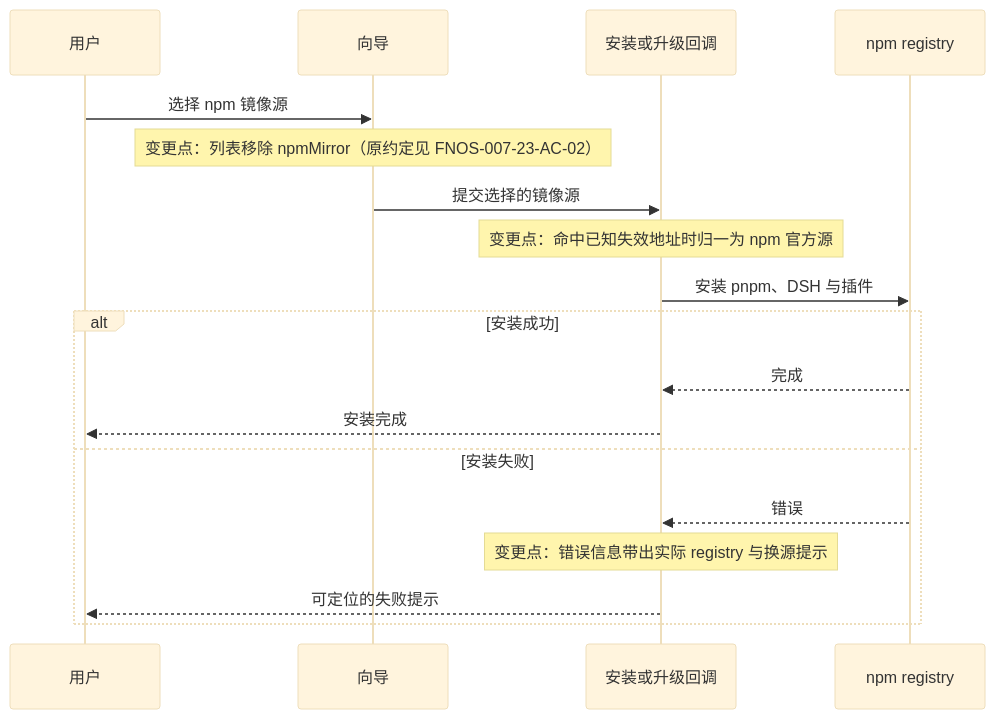
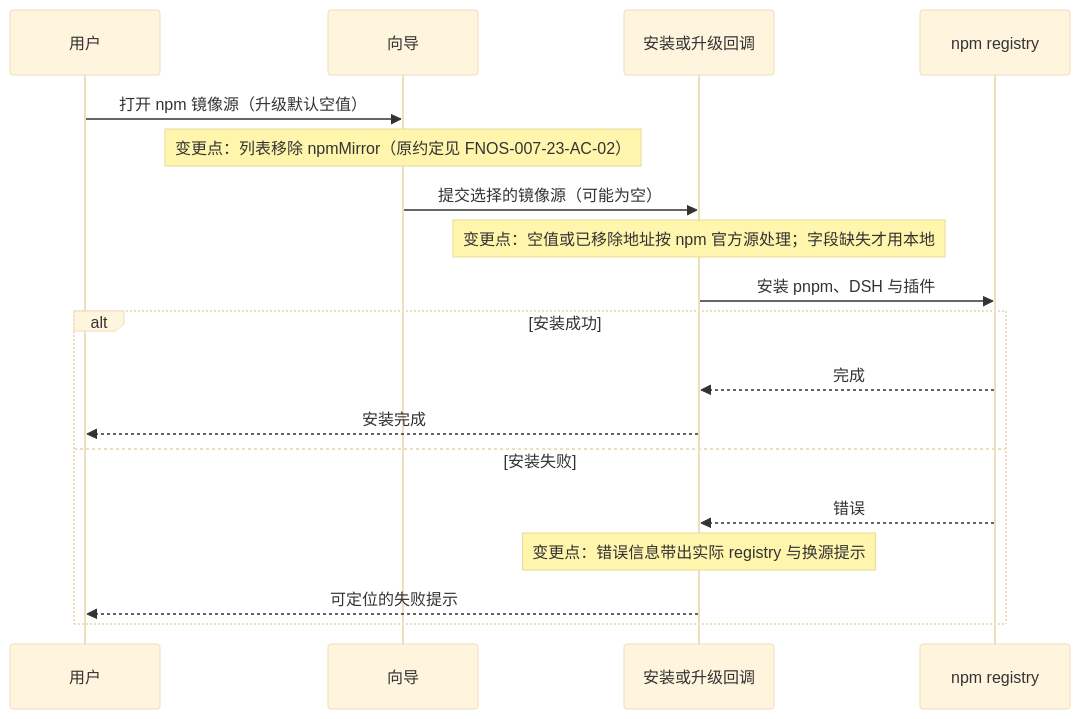
Before and after one commit to FNOSP/fnos-dsh: the second of 2 diagrams in docs/requirements/FNOS-055-invalid-npm-mirror-removal.md, drawn with Mermaid (base theme). The commit also changed other lines of this file and 17 other files, not shown here.

````diff
--- a/docs/requirements/FNOS-055-invalid-npm-mirror-removal.md
+++ b/docs/requirements/FNOS-055-invalid-npm-mirror-removal.md
@@ -113,20 +127,20 @@
 ```mermaid
 sequenceDiagram
   participant User as 用户
   participant Wizard as 向导
   participant Callback as 安装或升级回调
   participant Registry as npm registry
-  User->>Wizard: 选择 npm 镜像源
+  User->>Wizard: 打开 npm 镜像源（升级默认空值）
   Note over Wizard: 变更点：列表移除 npmMirror（原约定见 FNOS-007-23-AC-02）
-  Wizard->>Callback: 提交选择的镜像源
-  Note over Callback: 变更点：命中已知失效地址时归一为 npm 官方源
+  Wizard->>Callback: 提交选择的镜像源（可能为空）
+  Note over Callback: 变更点：空值或已移除地址按 npm 官方源处理；字段缺失才用本地
   Callback->>Registry: 安装 pnpm、DSH 与插件
   alt 安装成功
     Registry-->>Callback: 完成
     Callback-->>User: 安装完成
   else 安装失败
     Registry-->>Callback: 错误
     Note over Callback: 变更点：错误信息带出实际 registry 与换源提示
     Callback-->>User: 可定位的失败提示
   end
 ```
````
